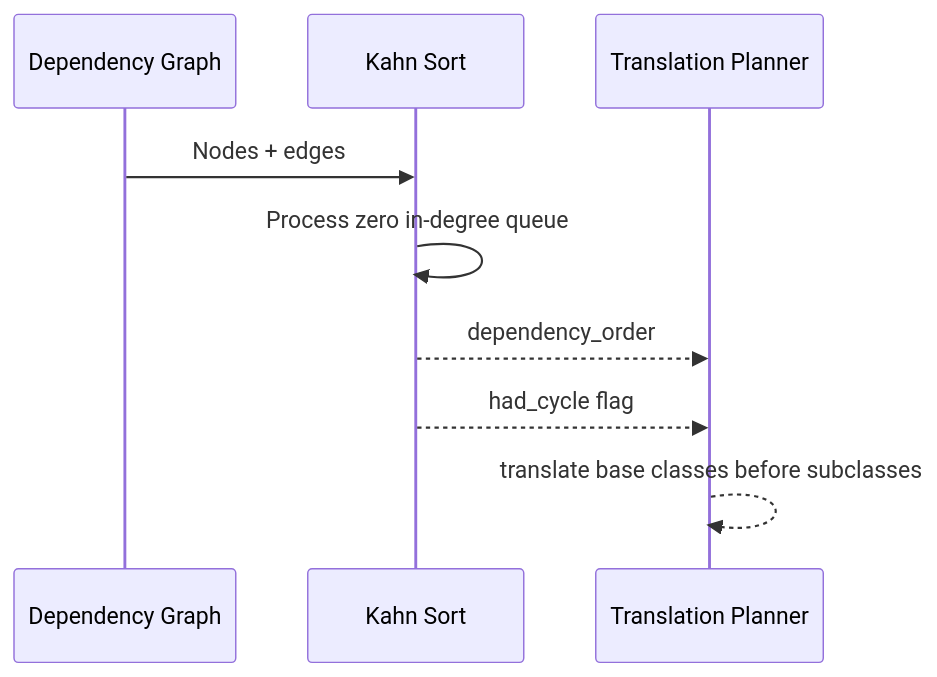
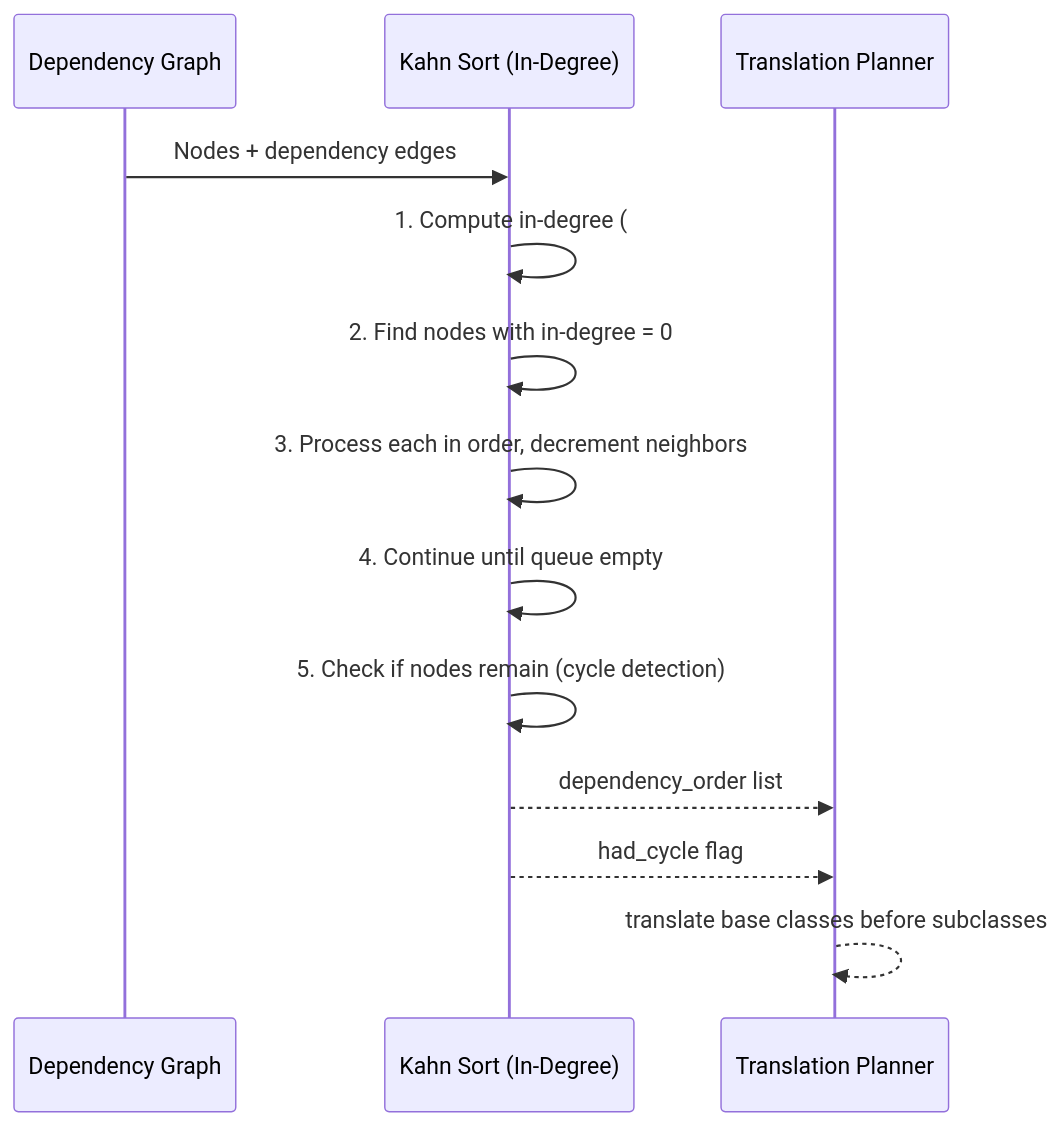
One commit to hkevin01/java-to-python-test-suite changed the fifth of 7 diagrams in README.md. Above: the diagram before and after it, drawn with Mermaid. The commit also changed other lines of this file and 5 other files, not shown here.

````diff
--- a/README.md
+++ b/README.md
@@ -248,11 +390,15 @@
 ```mermaid
 sequenceDiagram
   participant Graph as Dependency Graph
-  participant Kahn as Kahn Sort
+  participant Kahn as Kahn Sort (In-Degree)
   participant Planner as Translation Planner
-  Graph->>Kahn: Nodes + edges
-  Kahn->>Kahn: Process zero in-degree queue
-  Kahn-->>Planner: dependency_order
+  Graph->>Kahn: Nodes + dependency edges
+  Kahn->>Kahn: 1. Compute in-degree (# dependencies per node)
+  Kahn->>Kahn: 2. Find nodes with in-degree = 0
+  Kahn->>Kahn: 3. Process each in order, decrement neighbors
+  Kahn->>Kahn: 4. Continue until queue empty
+  Kahn->>Kahn: 5. Check if nodes remain (cycle detection)
+  Kahn-->>Planner: dependency_order list
   Kahn-->>Planner: had_cycle flag
   Planner-->>Planner: translate base classes before subclasses
 ```
````
